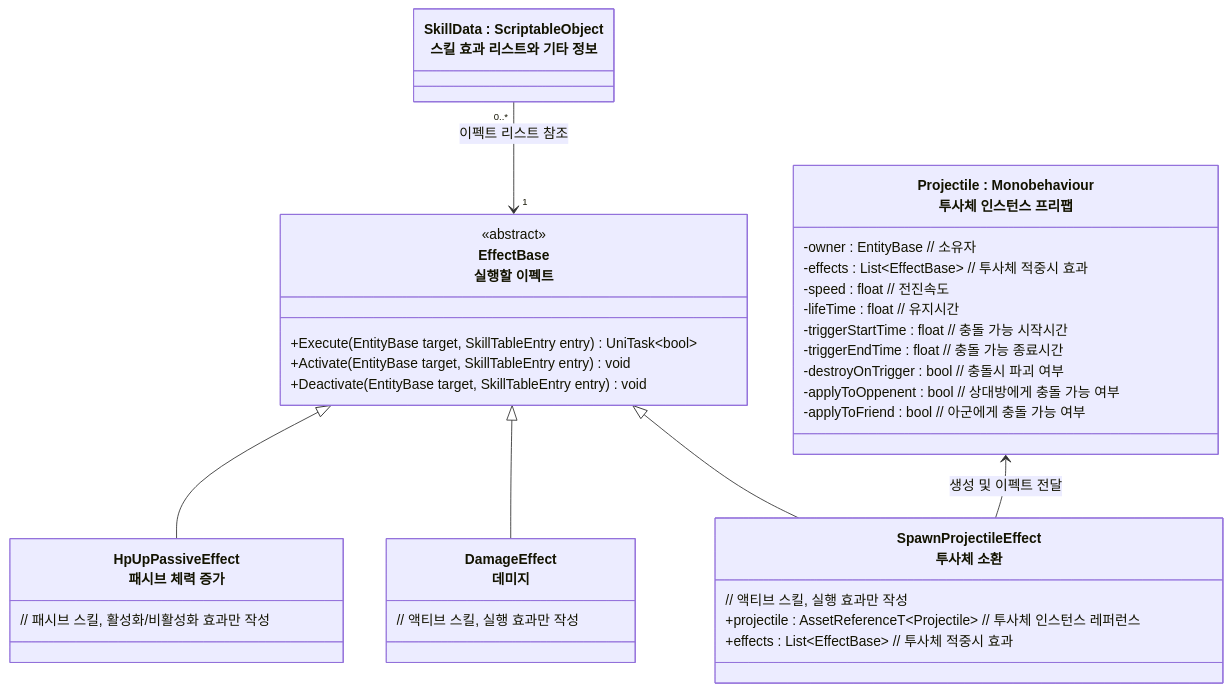
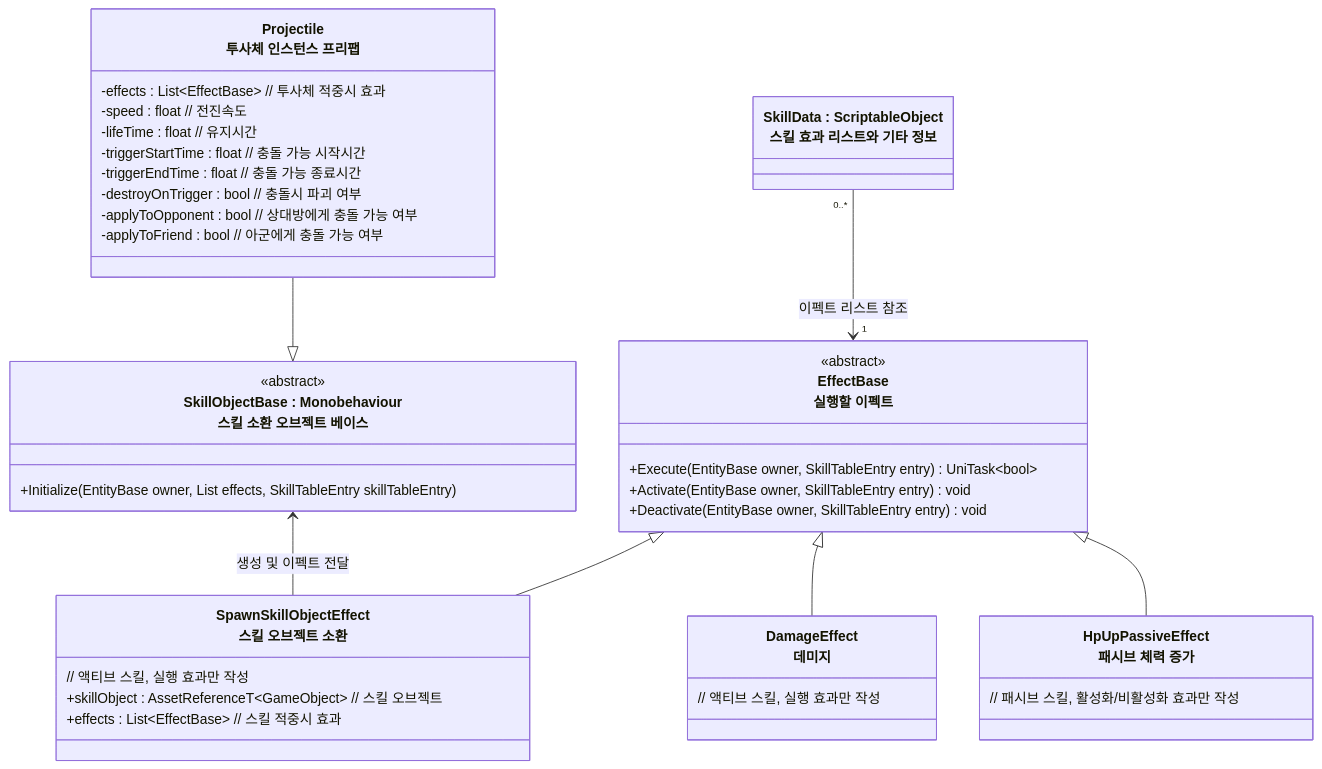
The second of 2 diagrams in README/스킬시스템_설계.md (JIN5EOK/DungeonShooter), drawn with Mermaid before and after one commit. The commit also changed other lines of this file and 12 other files, not shown here.

````diff
--- a/README/스킬시스템_설계.md
+++ b/README/스킬시스템_설계.md
@@ -99,41 +99,48 @@
 ```mermaid
 classDiagram
+    
+    class SkillObjectBase["SkillObjectBase : Monobehaviour<br>스킬 소환 오브젝트 베이스"]{
+        <<abstract>>
+        +Initialize (EntityBase owner, List<EffectBase> effects, SkillTableEntry skillTableEntry)
+    }
+    
     class EffectBase["EffectBase<br>실행할 이펙트"]{
         <<abstract>>
-        +Execute(EntityBase target, SkillTableEntry entry) UniTask~bool~
-        +Activate(EntityBase target, SkillTableEntry entry) void
-        +Deactivate(EntityBase target, SkillTableEntry entry) void
+        +Execute(EntityBase owner, SkillTableEntry entry) UniTask~bool~
+        +Activate(EntityBase owner, SkillTableEntry entry) void
+        +Deactivate(EntityBase owner, SkillTableEntry entry) void
     }
 
 	class HpUpPassiveEffect["HpUpPassiveEffect<br>패시브 체력 증가"]{
 		// 패시브 스킬, 활성화/비활성화 효과만 작성
 	}
 	
     class DamageEffect["DamageEffect<br>데미지"]{
         // 액티브 스킬, 실행 효과만 작성
     }
 
-    class SpawnProjectileEffect["SpawnProjectileEffect<br>투사체 소환"]{
+    class SpawnSkillObjectEffect["SpawnSkillObjectEffect<br>스킬 오브젝트 소환"]{
 	    // 액티브 스킬, 실행 효과만 작성
-        +projectile : AssetReferenceT~Projectile~ // 투사체 인스턴스 레퍼런스
-        +effects : List~EffectBase~ // 투사체 적중시 효과
+        +skillObject : AssetReferenceT~GameObject~ // 스킬 오브젝트
+        +effects : List~EffectBase~ // 스킬 적중시 효과
     }
     
-    class Projectile["Projectile : Monobehaviour<br>투사체 인스턴스 프리팹"]{
-        -owner : EntityBase // 소유자
+    class Projectile["Projectile<br>투사체 인스턴스 프리팹"]{
         -effects : List~EffectBase~ // 투사체 적중시 효과
         -speed : float // 전진속도
         -lifeTime : float // 유지시간
         -triggerStartTime : float // 충돌 가능 시작시간
         -triggerEndTime : float // 충돌 가능 종료시간
         -destroyOnTrigger : bool // 충돌시 파괴 여부
-        -applyToOppenent : bool // 상대방에게 충돌 가능 여부
+        -applyToOpponent : bool // 상대방에게 충돌 가능 여부
         -applyToFriend : bool // 아군에게 충돌 가능 여부
     }
     class SkillData["SkillData : ScriptableObject<br>스킬 효과 리스트와 기타 정보"]
     EffectBase <|-- HpUpPassiveEffect
     EffectBase <|-- DamageEffect
-    EffectBase <|-- SpawnProjectileEffect
-    Projectile <-- SpawnProjectileEffect : 생성 및 이펙트 전달
+    EffectBase <|-- SpawnSkillObjectEffect
+    Projectile --|> SkillObjectBase
+
+    SkillObjectBase <-- SpawnSkillObjectEffect : 생성 및 이펙트 전달
     SkillData "0..*"-->"1" EffectBase : 이펙트 리스트 참조
 ```
````
